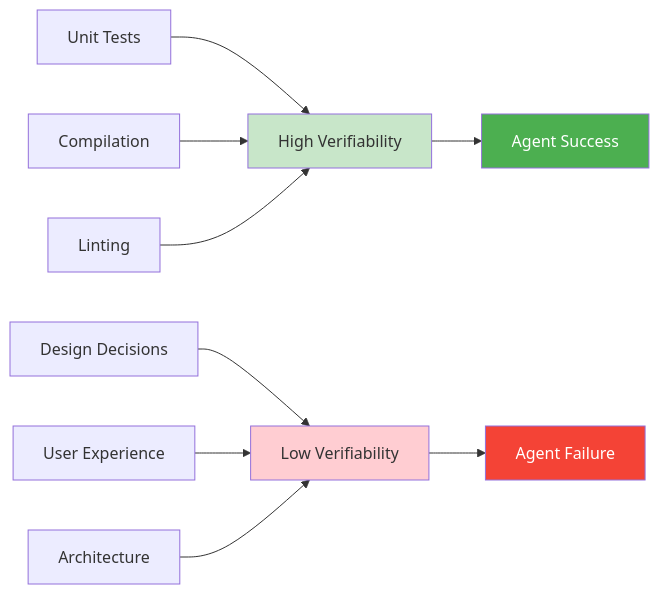
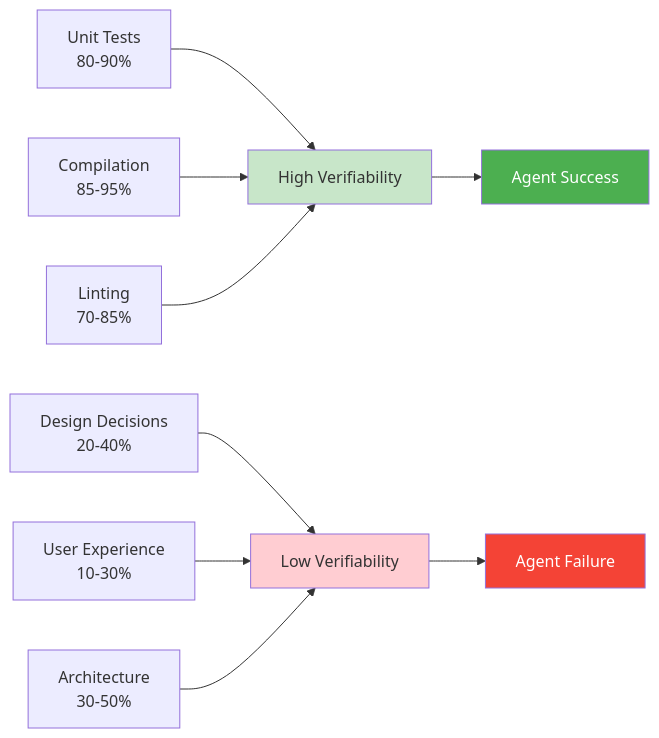
One commit to mldangelo/eairg-coding-agent-talk changed the third of 4 diagrams in talk.md. Above: the diagram before and after it, drawn with Mermaid. The commit also changed other lines of this file, not shown here.

````diff
--- a/talk.md
+++ b/talk.md
@@ -378,18 +393,18 @@
 ```mermaid
 graph LR
     A[High Verifiability] --> B[Agent Success]
     C[Low Verifiability] --> D[Agent Failure]
 
-    A1[Unit Tests] --> A
-    A2[Compilation] --> A
-    A3[Linting] --> A
+    A1[Unit Tests<br/>80-90%] --> A
+    A2[Compilation<br/>85-95%] --> A
+    A3[Linting<br/>70-85%] --> A
 
-    C1[Design Decisions] --> C
-    C2[User Experience] --> C
-    C3[Architecture] --> C
+    C1[Design Decisions<br/>20-40%] --> C
+    C2[User Experience<br/>10-30%] --> C
+    C3[Architecture<br/>30-50%] --> C
 
     style A fill:#c8e6c9
     style C fill:#ffcdd2
     style B fill:#4caf50,color:#fff
     style D fill:#f44336,color:#fff
 ```
````
